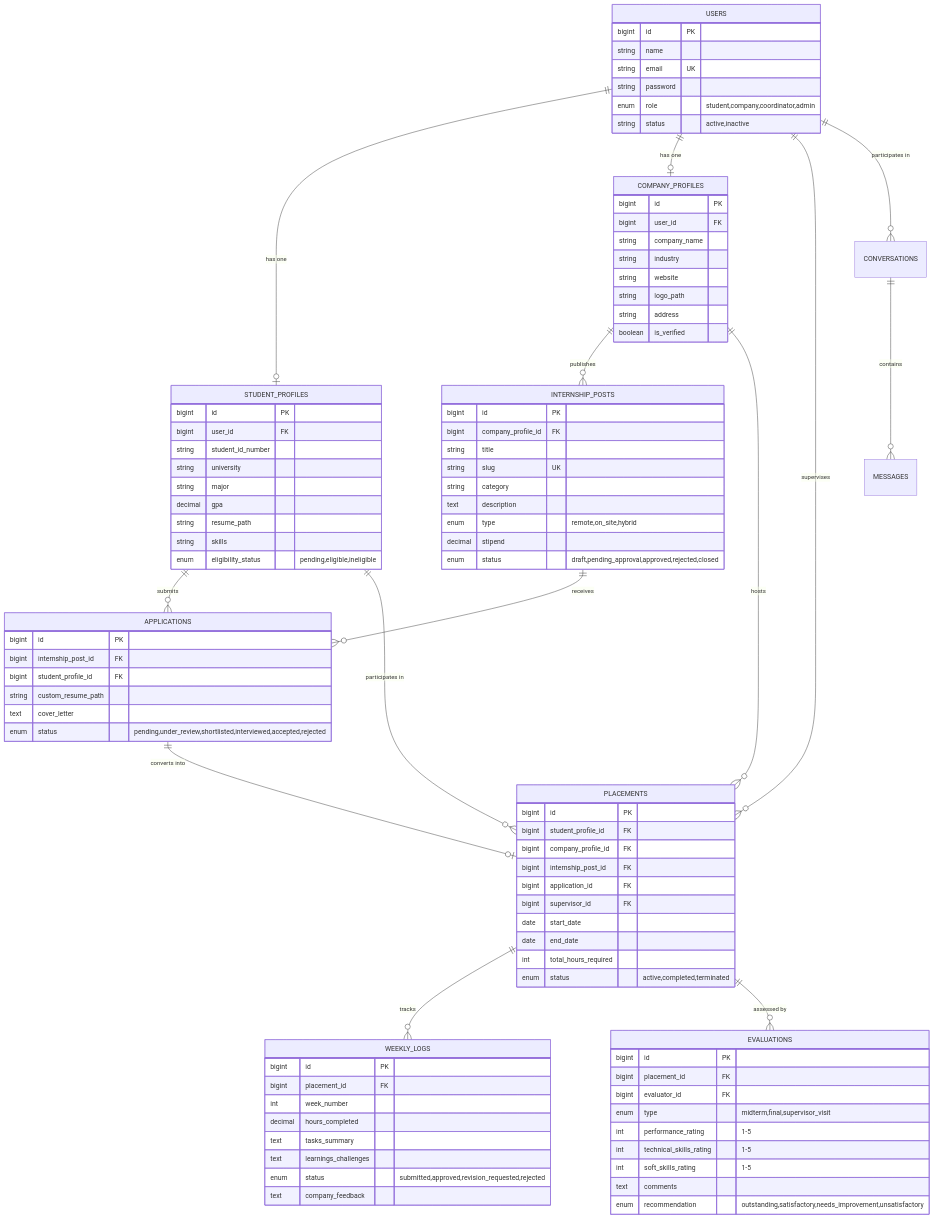
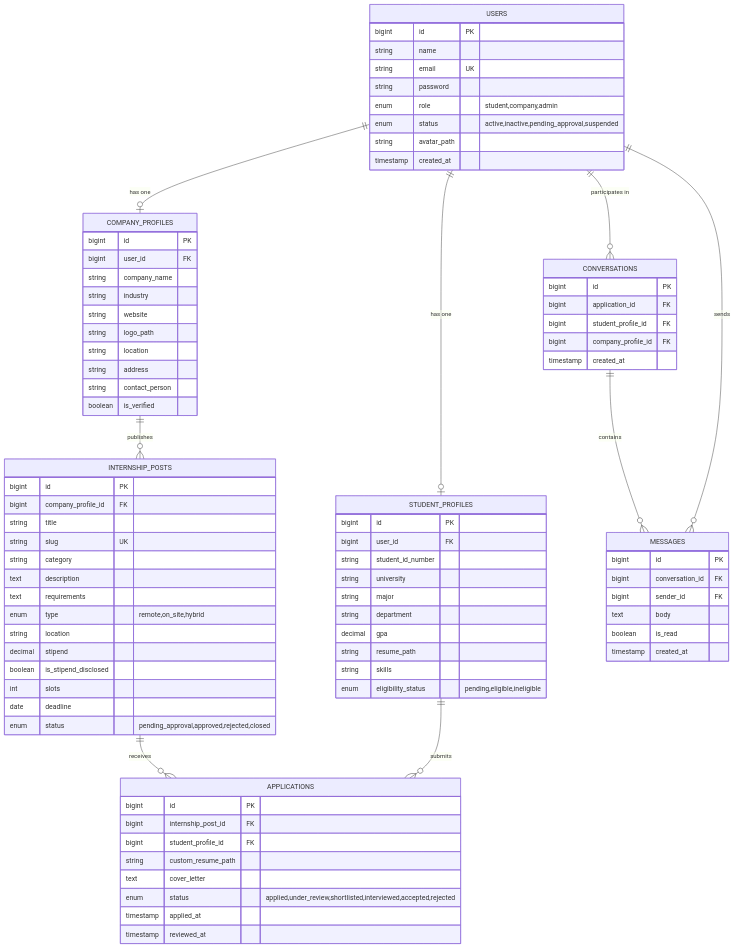
Before and after one commit to thonpheara/InternshipMS: the second of 2 diagrams in docs/SYSTEM_ARCHITECTURE.md, drawn with Mermaid. The commit also changed other lines of this file and 51 other files, not shown here.

````diff
--- a/docs/SYSTEM_ARCHITECTURE.md
+++ b/docs/SYSTEM_ARCHITECTURE.md
@@ -170,30 +162,24 @@
 erDiagram
     USERS ||--o| STUDENT_PROFILES : "has one"
     USERS ||--o| COMPANY_PROFILES : "has one"
-    USERS ||--o{ PLACEMENTS : "supervises"
     
     COMPANY_PROFILES ||--o{ INTERNSHIP_POSTS : "publishes"
-    COMPANY_PROFILES ||--o{ PLACEMENTS : "hosts"
-    
     INTERNSHIP_POSTS ||--o{ APPLICATIONS : "receives"
     STUDENT_PROFILES ||--o{ APPLICATIONS : "submits"
-    STUDENT_PROFILES ||--o{ PLACEMENTS : "participates in"
-    
-    APPLICATIONS ||--o| PLACEMENTS : "converts into"
-    
-    PLACEMENTS ||--o{ WEEKLY_LOGS : "tracks"
-    PLACEMENTS ||--o{ EVALUATIONS : "assessed by"
     
     USERS ||--o{ CONVERSATIONS : "participates in"
     CONVERSATIONS ||--o{ MESSAGES : "contains"
+    USERS ||--o{ MESSAGES : "sends"
 
     USERS {
         bigint id PK
         string name
         string email UK
         string password
-        enum role "student,company,coordinator,admin"
-        string status "active,inactive"
+        enum role "student,company,admin"
+        enum status "active,inactive,pending_approval,suspended"
+        string avatar_path
+        timestamp created_at
     }
 
     STUDENT_PROFILES {
@@ -202,6 +188,7 @@
         string student_id_number
         string university
         string major
+        string department
         decimal gpa
         string resume_path
         string skills
@@ -215,7 +202,9 @@
         string industry
         string website
         string logo_path
+        string location
         string address
+        string contact_person
         boolean is_verified
     }
 
@@ -226,9 +215,14 @@
         string slug UK
         string category
         text description
+        text requirements
         enum type "remote,on_site,hybrid"
+        string location
         decimal stipend
-        enum status "draft,pending_approval,approved,rejected,closed"
+        boolean is_stipend_disclosed
+        int slots
+        date deadline
+        enum status "pending_approval,approved,rejected,closed"
     }
 
     APPLICATIONS {
@@ -237,42 +231,25 @@
         bigint student_profile_id FK
         string custom_resume_path
         text cover_letter
-        enum status "pending,under_review,shortlisted,interviewed,accepted,rejected"
+        enum status "applied,under_review,shortlisted,interviewed,accepted,rejected"
+        timestamp applied_at
+        timestamp reviewed_at
     }
 
-    PLACEMENTS {
+    CONVERSATIONS {
         bigint id PK
+        bigint application_id FK
         bigint student_profile_id FK
         bigint company_profile_id FK
-        bigint internship_post_id FK
-        bigint application_id FK
-        bigint supervisor_id FK
-        date start_date
-        date end_date
-        int total_hours_required
-        enum status "active,completed,terminated"
+        timestamp created_at
     }
 
-    WEEKLY_LOGS {
+    MESSAGES {
         bigint id PK
-        bigint placement_id FK
-        int week_number
-        decimal hours_completed
-        text tasks_summary
-        text learnings_challenges
-        enum status "submitted,approved,revision_requested,rejected"
-        text company_feedback
-    }
-
-    EVALUATIONS {
-        bigint id PK
-        bigint placement_id FK
-        bigint evaluator_id FK
-        enum type "midterm,final,supervisor_visit"
-        int performance_rating "1-5"
-        int technical_skills_rating "1-5"
-        int soft_skills_rating "1-5"
-        text comments
-        enum recommendation "outstanding,satisfactory,needs_improvement,unsatisfactory"
+        bigint conversation_id FK
+        bigint sender_id FK
+        text body
+        boolean is_read
+        timestamp created_at
     }
 ```
````
